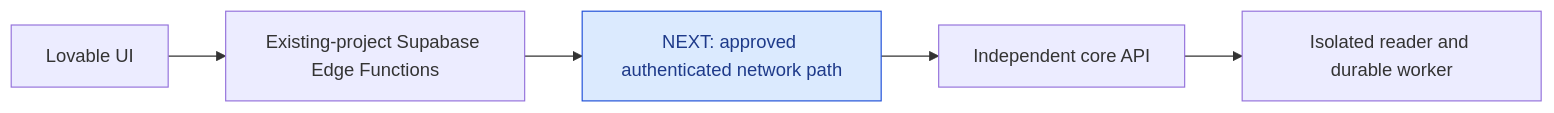
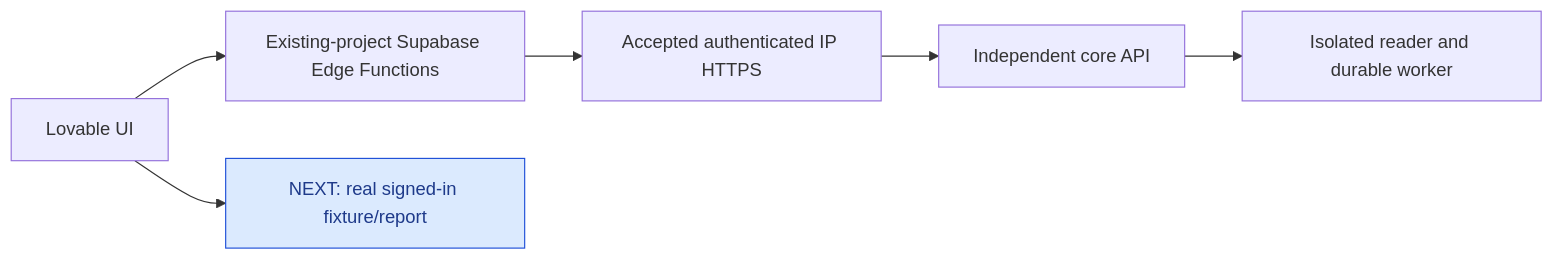
The diagram in docs/next-edge-to-core-connection.md (jvelezc/ai-screen-reader), drawn with Mermaid before and after one commit. The commit also changed other lines of this file and 3 other files, not shown here.

Commit message:
Record accepted IP HTTPS and deployed consumer gateway

````diff
--- a/docs/next-edge-to-core-connection.md
+++ b/docs/next-edge-to-core-connection.md
@@ -10,9 +10,10 @@
 ```mermaid
 flowchart LR
     UI[Lovable UI] --> Edge[Existing-project Supabase Edge Functions]
-    Edge --> Path[NEXT: approved authenticated network path]
+    Edge --> Path[Accepted authenticated IP HTTPS]
     Path --> Core[Independent core API]
     Core --> Worker[Isolated reader and durable worker]
+    UI --> Acceptance[NEXT: real signed-in fixture/report]
     classDef next fill:#dbeafe,stroke:#1d4ed8,color:#1e3a8a
-    class Path next
+    class Acceptance next
 ```
````
